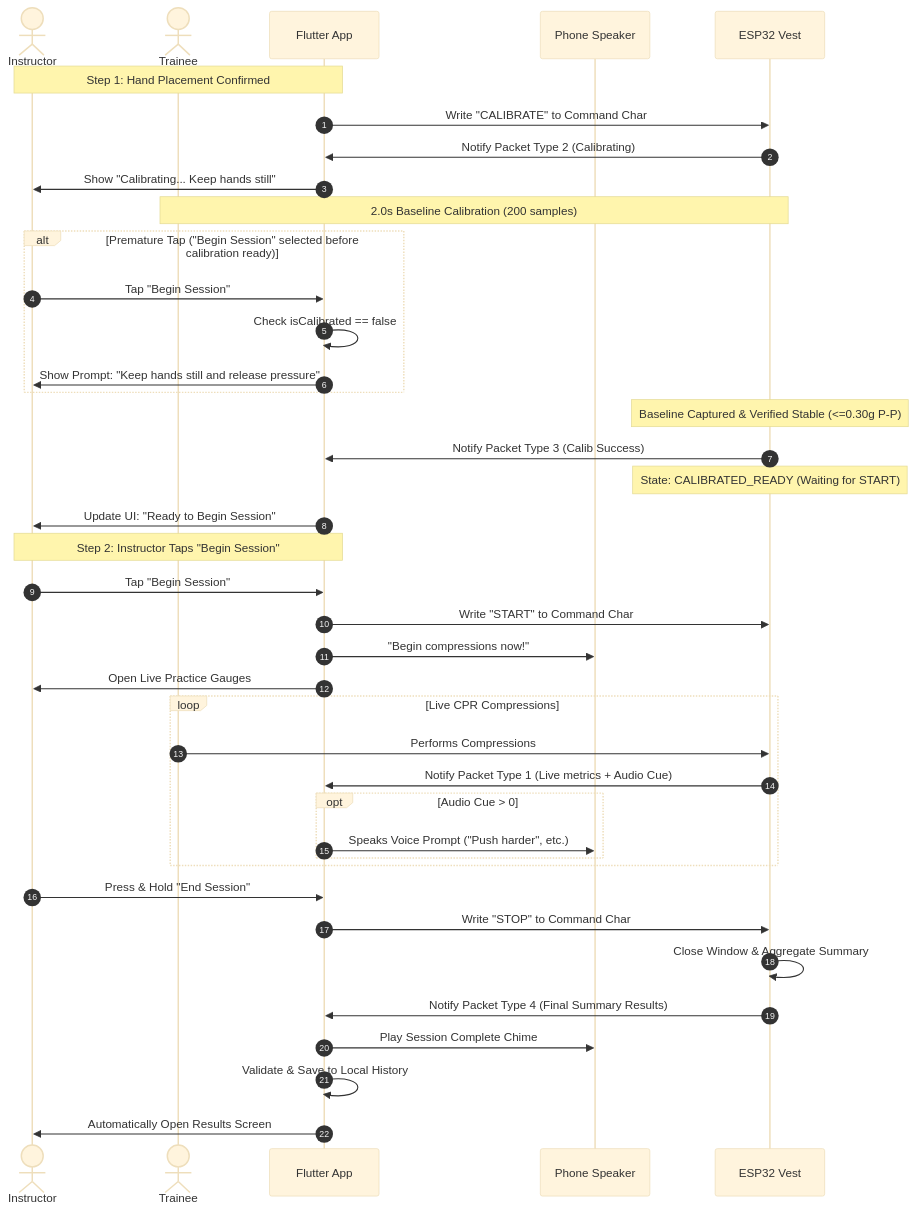
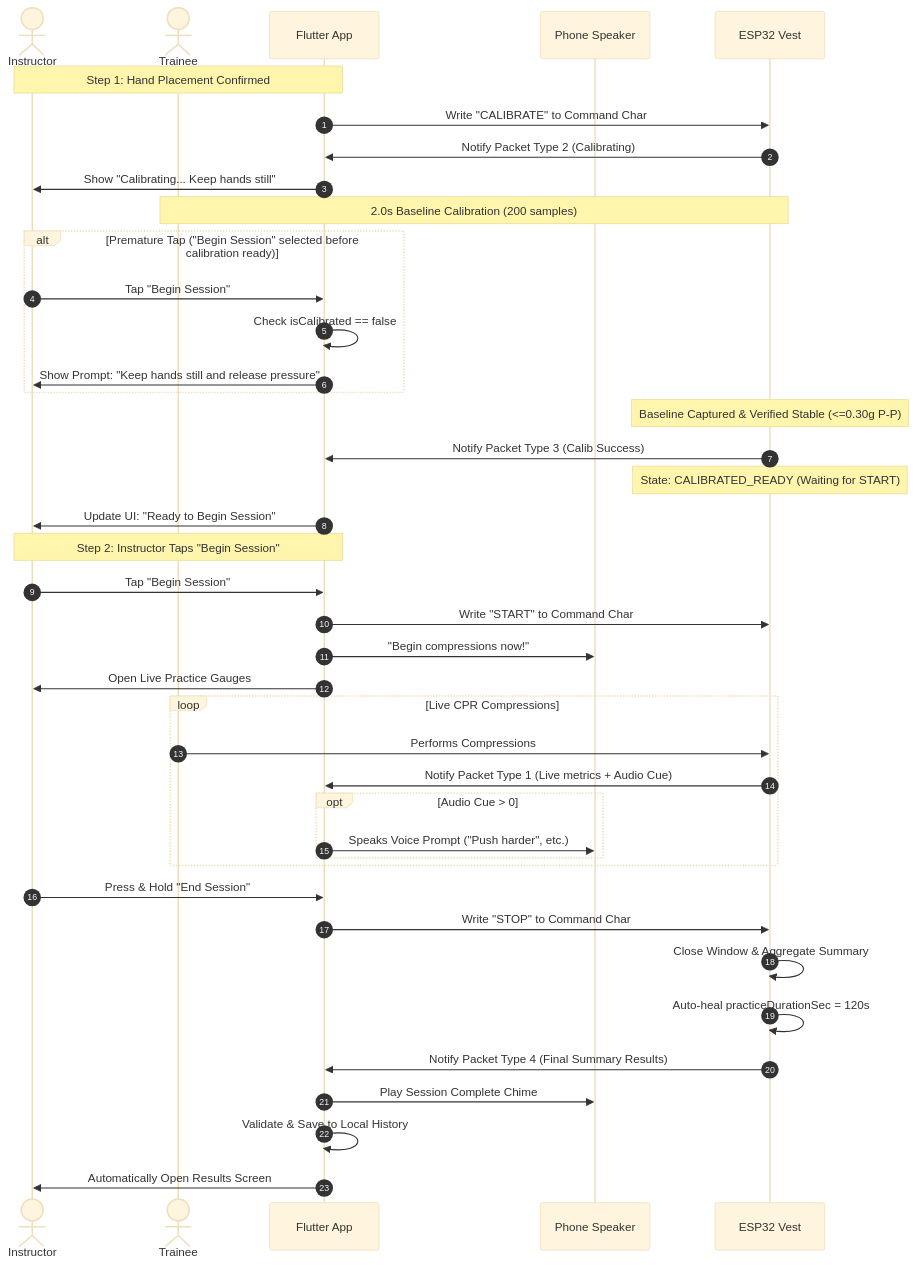
One commit to Marni3/CPReady changed the first of 3 diagrams in CPReady_Program/docs/SOFTWARE_DEVELOPER_GUIDE.md. Above: the diagram before and after it, drawn with Mermaid (base theme). The commit also changed other lines of this file and 3 other files, not shown here.

````diff
--- a/CPReady_Program/docs/SOFTWARE_DEVELOPER_GUIDE.md
+++ b/CPReady_Program/docs/SOFTWARE_DEVELOPER_GUIDE.md
@@ -314,48 +329,49 @@
 ```mermaid
 sequenceDiagram
     autonumber
     actor Instructor
     actor Trainee
     participant App as Flutter App
     participant PhoneSPK as Phone Speaker
     participant ESP32 as ESP32 Vest
 
     Note over Instructor,App: Step 1: Hand Placement Confirmed
     App->>ESP32: Write "CALIBRATE" to Command Char
     ESP32->>App: Notify Packet Type 2 (Calibrating)
     App->>Instructor: Show "Calibrating... Keep hands still"
     Note over Trainee,ESP32: 2.0s Baseline Calibration (200 samples)
 
     alt Premature Tap ("Begin Session" selected before calibration ready)
         Instructor->>App: Tap "Begin Session"
         App->>App: Check isCalibrated == false
         App->>Instructor: Show Prompt: "Keep hands still and release pressure"
     end
 
     Note over ESP32: Baseline Captured & Verified Stable (<=0.30g P-P)
     ESP32->>App: Notify Packet Type 3 (Calib Success)
     Note over ESP32: State: CALIBRATED_READY (Waiting for START)
     App->>Instructor: Update UI: "Ready to Begin Session"
 
     Note over Instructor,App: Step 2: Instructor Taps "Begin Session"
     Instructor->>App: Tap "Begin Session"
     App->>ESP32: Write "START" to Command Char
     App->>PhoneSPK: "Begin compressions now!"
     App->>Instructor: Open Live Practice Gauges
     
     loop Live CPR Compressions
         Trainee->>ESP32: Performs Compressions
         ESP32->>App: Notify Packet Type 1 (Live metrics + Audio Cue)
         opt Audio Cue > 0
             App->>PhoneSPK: Speaks Voice Prompt ("Push harder", etc.)
         end
     end
 
     Instructor->>App: Press & Hold "End Session"
     App->>ESP32: Write "STOP" to Command Char
     ESP32->>ESP32: Close Window & Aggregate Summary
+    ESP32->>ESP32: Auto-heal practiceDurationSec = 120s
     ESP32->>App: Notify Packet Type 4 (Final Summary Results)
     App->>PhoneSPK: Play Session Complete Chime
     App->>App: Validate & Save to Local History
     App->>Instructor: Automatically Open Results Screen
 ```
````
